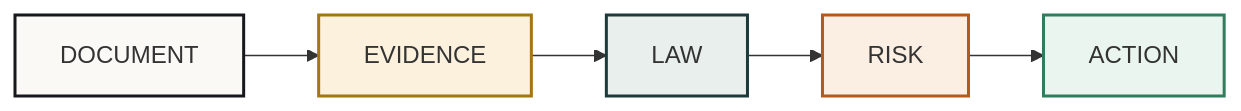
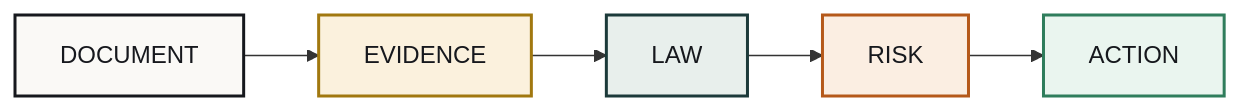
Before and after one commit to KodeMeister-YT/CivicShield: the first of 12 diagrams in README.md, drawn with Mermaid. The commit also changed other lines of this file, not shown here.

Commit message:
fix: readable diagram text on dark theme (explicit node text color)

````diff
--- a/README.md
+++ b/README.md
@@ -13,9 +13,9 @@
 ```mermaid
 flowchart LR
     A[DOCUMENT] --> B[EVIDENCE] --> C[LAW] --> D[RISK] --> E[ACTION]
-    style A fill:#faf9f6,stroke:#16181d,stroke-width:2px
-    style B fill:#fbf1dd,stroke:#a1780f,stroke-width:2px
-    style C fill:#e8efec,stroke:#1c3a3a,stroke-width:2px
-    style D fill:#fbeee2,stroke:#b5591a,stroke-width:2px
-    style E fill:#eaf5ef,stroke:#2f7d5c,stroke-width:2px
+    style A fill:#faf9f6,stroke:#16181d,stroke-width:2px,color:#16181d
+    style B fill:#fbf1dd,stroke:#a1780f,stroke-width:2px,color:#16181d
+    style C fill:#e8efec,stroke:#1c3a3a,stroke-width:2px,color:#16181d
+    style D fill:#fbeee2,stroke:#b5591a,stroke-width:2px,color:#16181d
+    style E fill:#eaf5ef,stroke:#2f7d5c,stroke-width:2px,color:#16181d
 ```
````
